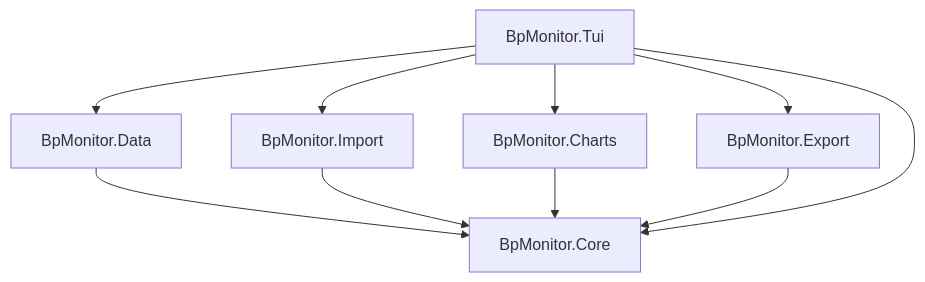
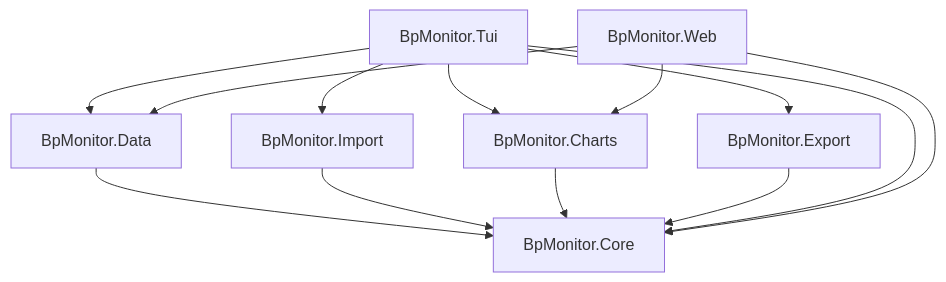
One commit to draptik/BpMonitor changed the diagram in docs/architecture.md. Above: the diagram before and after it, drawn with Mermaid. The commit also changed other lines of this file and 1 other file, not shown here.

Commit message:
📝 docs: update architecture docs for Web project (#146)

````diff
--- a/docs/architecture.md
+++ b/docs/architecture.md
@@ -67,19 +71,23 @@
 ```mermaid
 graph TD
     Core[BpMonitor.Core]
     Data[BpMonitor.Data]
     Import[BpMonitor.Import]
     Export[BpMonitor.Export]
     Charts[BpMonitor.Charts]
     Tui[BpMonitor.Tui]
+    Web[BpMonitor.Web]
 
     Data --> Core
     Import --> Core
     Charts --> Core
     Export --> Core
     Tui --> Core
     Tui --> Data
     Tui --> Import
     Tui --> Charts
     Tui --> Export
+    Web --> Core
+    Web --> Data
+    Web --> Charts
 ```
````
